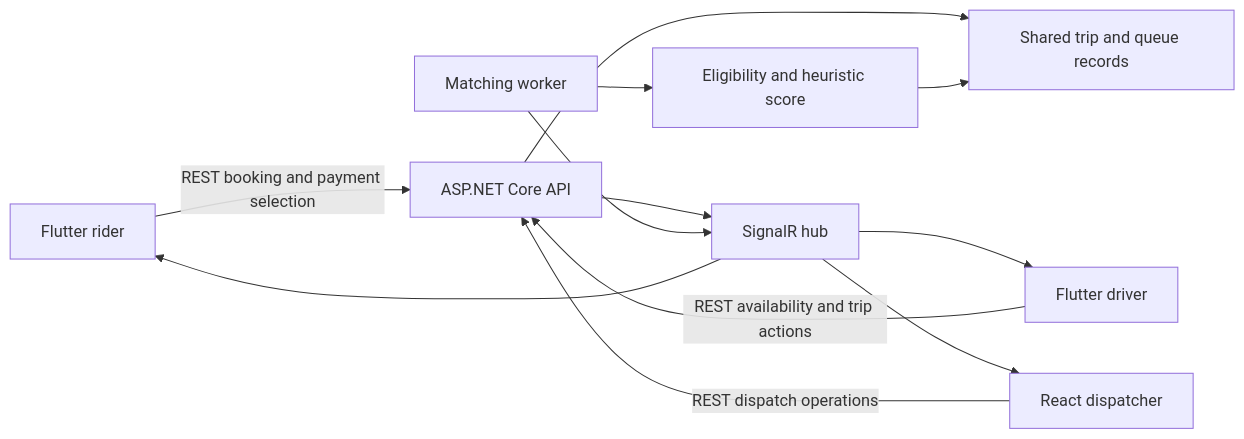
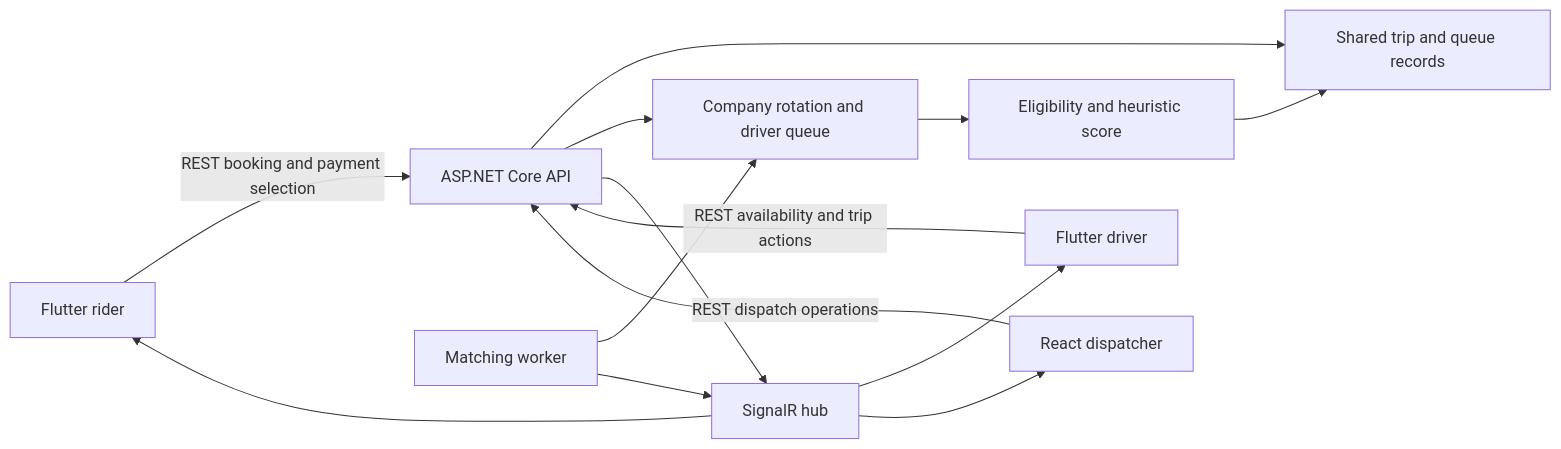
One commit to wchang15/hanin-taxi-demo changed the diagram in docs/ARCHITECTURE.md. Above: the diagram before and after it, drawn with Mermaid. The commit also changed other lines of this file and 14 other files, not shown here.

Commit message:
Implement shared company rotation with queue and concurrency tests

````diff
--- a/docs/ARCHITECTURE.md
+++ b/docs/ARCHITECTURE.md
@@ -5,14 +5,16 @@
 ```mermaid
 flowchart LR
     Rider[Flutter rider] -->|REST booking and payment selection| API[ASP.NET Core API]
     Driver[Flutter driver] -->|REST availability and trip actions| API
     Operator[React dispatcher] -->|REST dispatch operations| API
     API --> State[Shared trip and queue records]
-    Matcher[Matching worker] --> Scoring[Eligibility and heuristic score]
+    Matcher[Matching worker] --> Rotation[Company rotation and driver queue]
+    API --> Rotation
+    Rotation --> Scoring[Eligibility and heuristic score]
     Scoring --> State
     API --> Hub[SignalR hub]
     Matcher --> Hub
     Hub --> Rider
     Hub --> Driver
     Hub --> Operator
 ```
````
